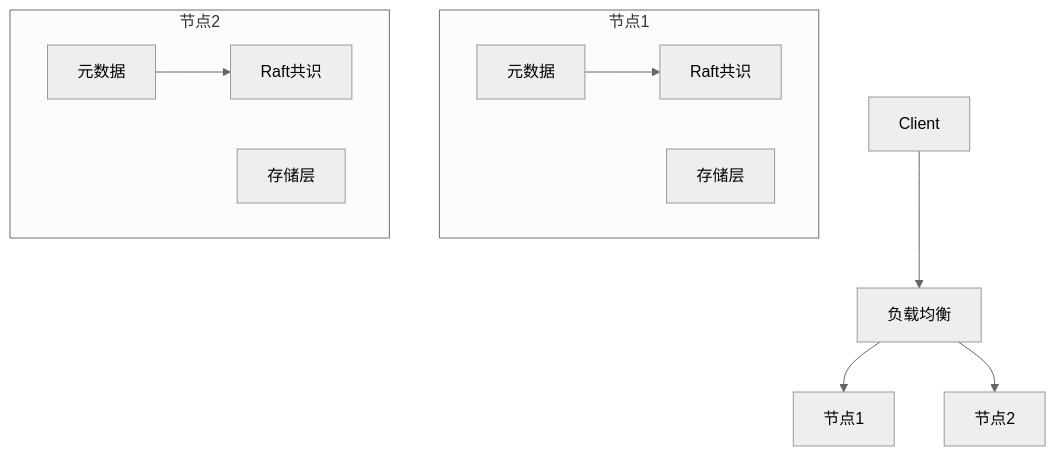
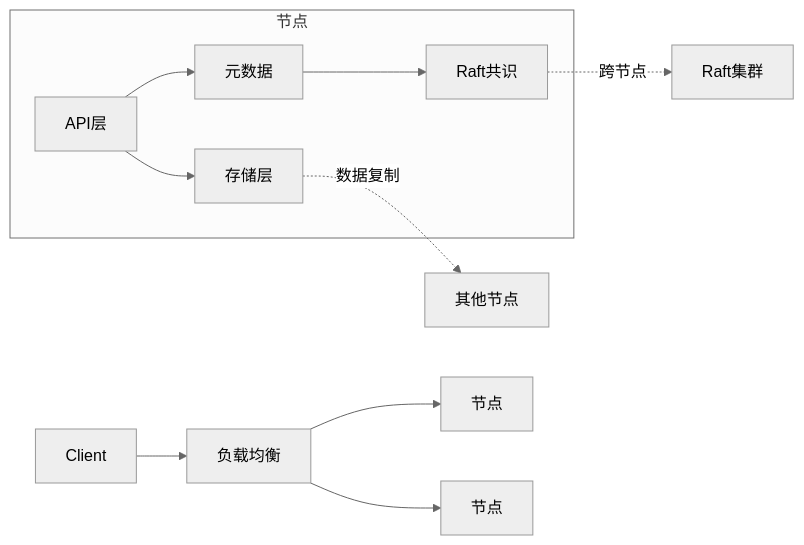
One commit to sylvan-lyon/crab-vault changed the fourth of 5 diagrams in RAODMAP.md. Above: the diagram before and after it, drawn with Mermaid (neutral theme). The commit also changed other lines of this file and 9 other files, not shown here.

````diff
--- a/RAODMAP.md
+++ b/RAODMAP.md
@@ -46,14 +48,13 @@
 ```mermaid
-graph TB
+graph LR
     Client --> LB[负载均衡]
-    LB --> Node1[节点1]
-    LB --> Node2[节点2]
-    subgraph 节点1
-        Meta1[元数据] --> Raft1[Raft共识]
-        Storage1[存储层]
+    LB --> Node1[节点]
+    LB --> Node2[节点]
+    subgraph 节点
+        API[API层] --> Meta[元数据]
+        API --> Storage[存储层]
+        Meta --> Raft[Raft共识]
     end
-    subgraph 节点2
-        Meta2[元数据] --> Raft2[Raft共识]
-        Storage2[存储层]
-    end
+    Raft -.->|跨节点| Raft集群
+    Storage -.->|数据复制| 其他节点
 ```
````
